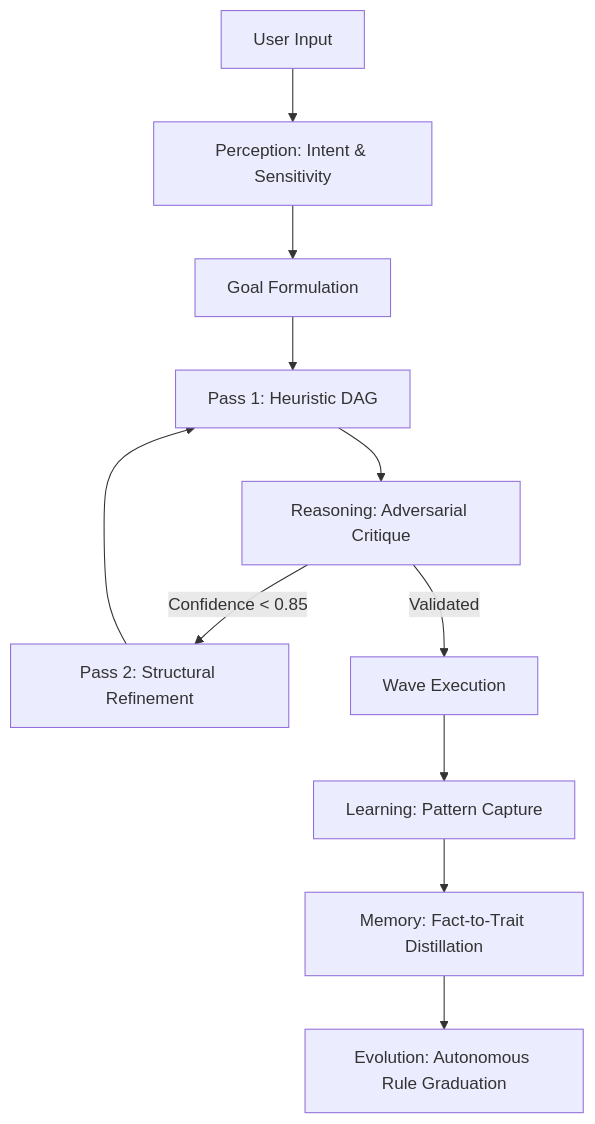
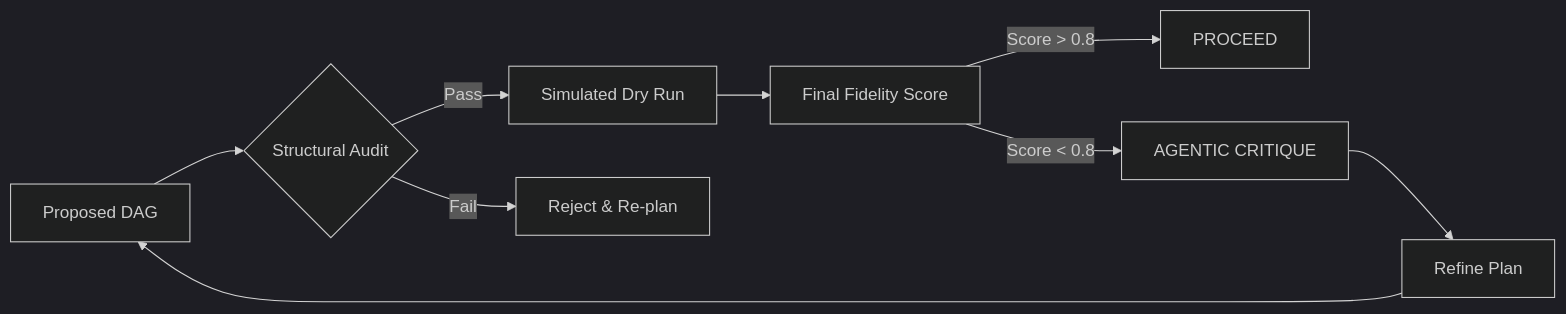
One commit to Blackdrg/levi-ai-innovate changed the fourth of 15 diagrams in README.md. Above: the diagram before and after it, drawn with Mermaid. The commit also changed other lines of this file and 61 other files, not shown here.

````diff
--- a/README.md
+++ b/README.md
@@ -132,13 +245,15 @@
 ```mermaid
-graph TD
-    Input[User Input] --> Perc[Perception: Intent & Sensitivity]
-    Perc --> Goal[Goal Formulation]
-    Goal --> Plan[Pass 1: Heuristic DAG]
-    Plan --> Critique[Reasoning: Adversarial Critique]
-    Critique -- Confidence < 0.85 --> Refine[Pass 2: Structural Refinement]
+%%{init: {'theme': 'dark', 'themeVariables': { 'primaryColor': '#ffcc00'}}}%%
+graph LR
+    Plan[Proposed DAG] --> Audit{Structural Audit}
+    Audit -- Pass --> Sim[Simulated Dry Run]
+    Audit -- Fail --> Reject[Reject & Re-plan]
+    
+    Sim --> Score[Final Fidelity Score]
+    
+    Score -- Score > 0.8 --> Execute[PROCEED]
+    Score -- Score < 0.8 --> Critique[AGENTIC CRITIQUE]
+    
+    Critique --> Refine[Refine Plan]
     Refine --> Plan
-    Critique -- Validated --> Exec[Wave Execution]
-    Exec --> Learn[Learning: Pattern Capture]
-    Learn --> Crystallize[Memory: Fact-to-Trait Distillation]
-    Crystallize --> Evolution[Evolution: Autonomous Rule Graduation]
 ```
````
